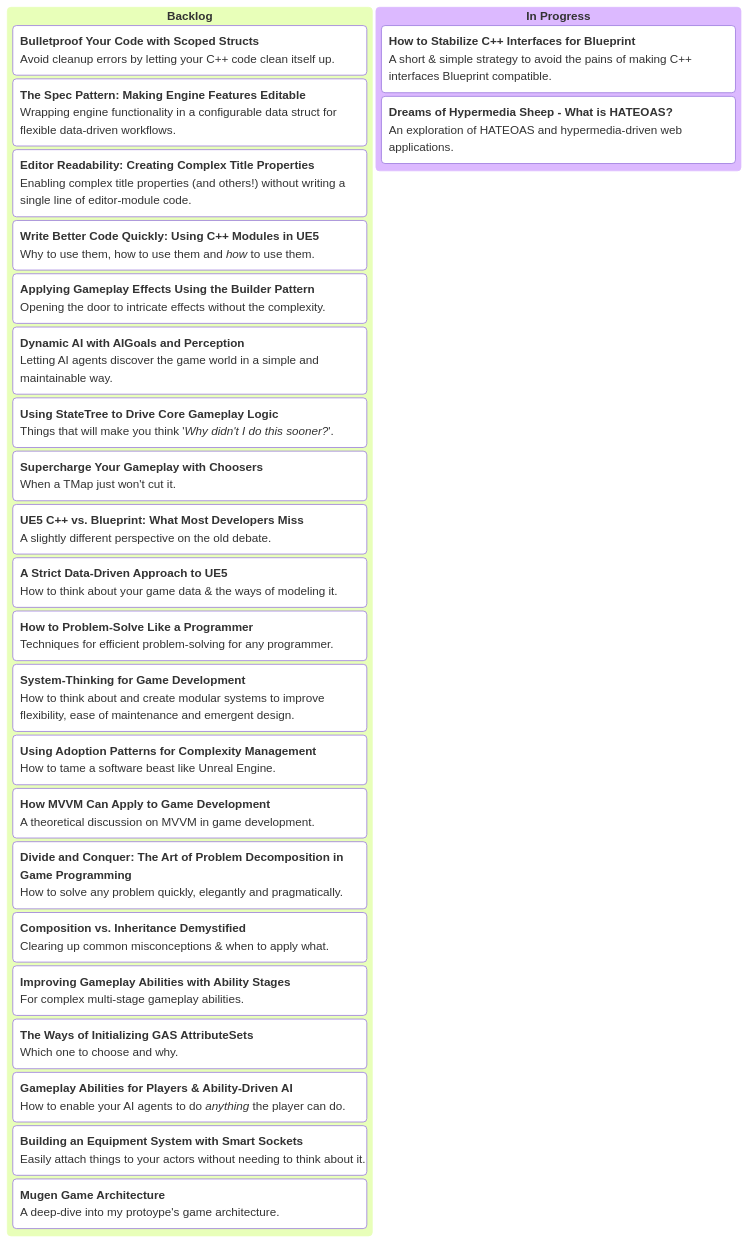
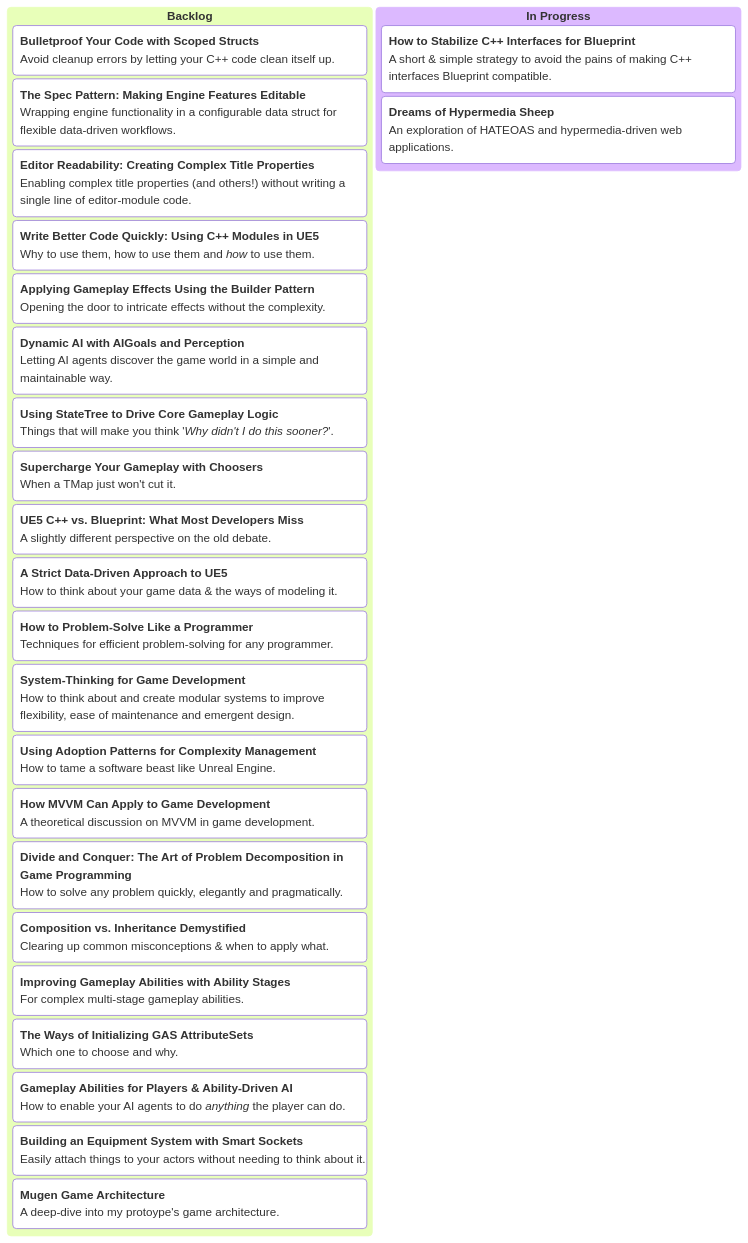
The diagram in kanban.md (mugenmelon/mugenmelon.github.io), drawn with Mermaid before and after one commit.

```diff
--- a/kanban.md
+++ b/kanban.md
@@ -8,57 +8,57 @@
 <pre class="mermaid">
 ---
 config:
     kanban:
         sectionWidth: 500
 ---
 kanban
     ["`**Backlog**`"]
         ["`**Bulletproof Your Code with Scoped Structs**
             Avoid cleanup errors by letting your C++ code clean itself up.`"]
         ["`**The Spec Pattern: Making Engine Features Editable**
             Wrapping engine functionality in a configurable data struct for flexible data-driven workflows.`"]
         ["`**Editor Readability: Creating Complex Title Properties**
             Enabling complex title properties (and others!) without writing a single line of editor-module code.`"]
         ["`**Write Better Code Quickly: Using C++ Modules in UE5**
             Why to use them, how to use them and *how* to use them.`"]
         ["`**Applying Gameplay Effects Using the Builder Pattern**
             Opening the door to intricate effects without the complexity.`"]
         ["`**Dynamic AI with AIGoals and Perception**
             Letting AI agents discover the game world in a simple and maintainable way.`"]
         ["`**Using StateTree to Drive Core Gameplay Logic**
             Things that will make you think '*Why didn't I do this sooner?*'.`"]
         ["`**Supercharge Your Gameplay with Choosers**
             When a TMap just won't cut it.`"]
         
         ["`**UE5 C++ vs. Blueprint: What Most Developers Miss**
             A slightly different perspective on the old debate.`"]
         ["`**A Strict Data-Driven Approach to UE5**
             How to think about your game data & the ways of modeling it.`"]
         ["`**How to Problem-Solve Like a Programmer**
             Techniques for efficient problem-solving for any programmer.`"]
         ["`**System-Thinking for Game Development**
             How to think about and create modular systems to improve flexibility, ease of maintenance and emergent design.`"]
         ["`**Using Adoption Patterns for Complexity Management**
             How to tame a software beast like Unreal Engine.`"]
         ["`**How MVVM Can Apply to Game Development**
             A theoretical discussion on MVVM in game development.`"]
         ["`**Divide and Conquer: The Art of Problem Decomposition in Game Programming**
             How to solve any problem quickly, elegantly and pragmatically.`"]
         ["`**Composition vs. Inheritance Demystified**
             Clearing up common misconceptions & when to apply what.`"]
         ["`**Improving Gameplay Abilities with Ability Stages**
             For complex multi-stage gameplay abilities.`"]
         ["`**The Ways of Initializing GAS AttributeSets**
             Which one to choose and why.`"]
         ["`**Gameplay Abilities for Players & Ability-Driven AI**
             How to enable your AI agents to do *anything* the player can do.`"]
         ["`**Building an Equipment System with Smart Sockets**
             Easily attach things to your actors without needing to think about it.`"]
         ["`**Mugen Game Architecture**
             A deep-dive into my protoype's game architecture.`"]
     ["`**In Progress**`"]
         ["`**How to Stabilize C++ Interfaces for Blueprint**
             A short & simple strategy to avoid the pains of making C++ interfaces Blueprint compatible.`"]
-        ["`**Dreams of Hypermedia Sheep - What is HATEOAS?**
+        ["`**Dreams of Hypermedia Sheep**
             An exploration of HATEOAS and hypermedia-driven web applications.`"]
 </pre>
```
